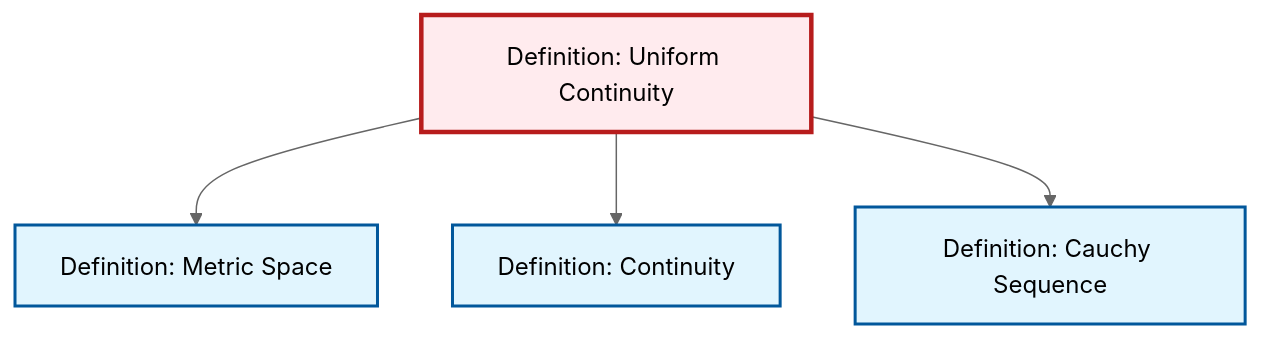
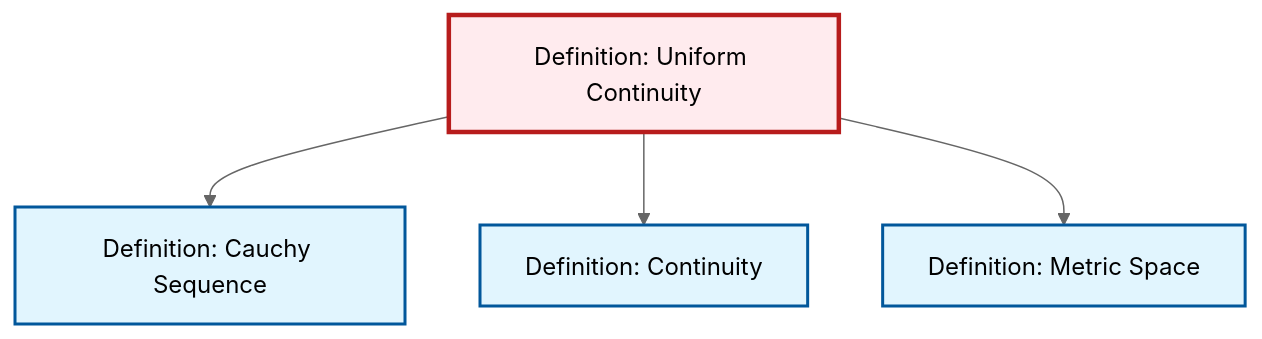
The diagram in content/ja/analysis/def-uniform-continuity.qmd (RK0429/ModernMath), drawn with Mermaid (neutral theme) before and after one commit. The commit also changed other lines of this file and 654 other files, not shown here.

````diff
--- a/content/ja/analysis/def-uniform-continuity.qmd
+++ b/content/ja/analysis/def-uniform-continuity.qmd
@@ -70,20 +70,20 @@
 ```{mermaid}
 %%| fig-cap: "Local dependency graph"
 graph TD
     classDef definition fill:#e1f5fe,stroke:#01579b,stroke-width:2px
     classDef theorem fill:#f3e5f5,stroke:#4a148c,stroke-width:2px
     classDef axiom fill:#fff3e0,stroke:#e65100,stroke-width:2px
     classDef example fill:#e8f5e9,stroke:#1b5e20,stroke-width:2px
     classDef current fill:#ffebee,stroke:#b71c1c,stroke-width:3px
+    def-uniform-continuity["Definition: Uniform Continuity"]:::definition
     def-continuity["Definition: Continuity"]:::definition
+    def-metric-space["Definition: Metric Space"]:::definition
     def-cauchy-sequence["Definition: Cauchy Sequence"]:::definition
-    def-metric-space["Definition: Metric Space"]:::definition
-    def-uniform-continuity["Definition: Uniform Continuity"]:::definition
+    def-uniform-continuity --> def-cauchy-sequence
+    def-uniform-continuity --> def-continuity
     def-uniform-continuity --> def-metric-space
-    def-uniform-continuity --> def-continuity
-    def-uniform-continuity --> def-cauchy-sequence
     class def-uniform-continuity current
     click def-continuity "def-continuity.html" "Definition: Continuityへ"
+    click def-metric-space "def-metric-space.html" "Definition: Metric Spaceへ"
     click def-cauchy-sequence "def-cauchy-sequence.html" "Definition: Cauchy Sequenceへ"
-    click def-metric-space "def-metric-space.html" "Definition: Metric Spaceへ"
 ```
````
